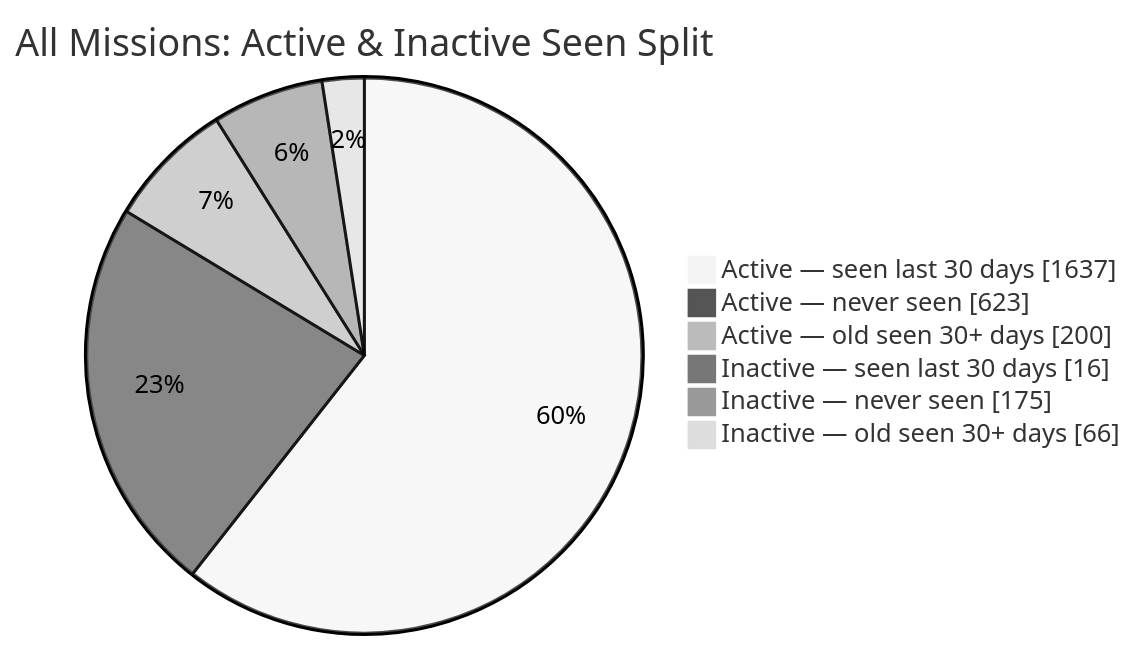
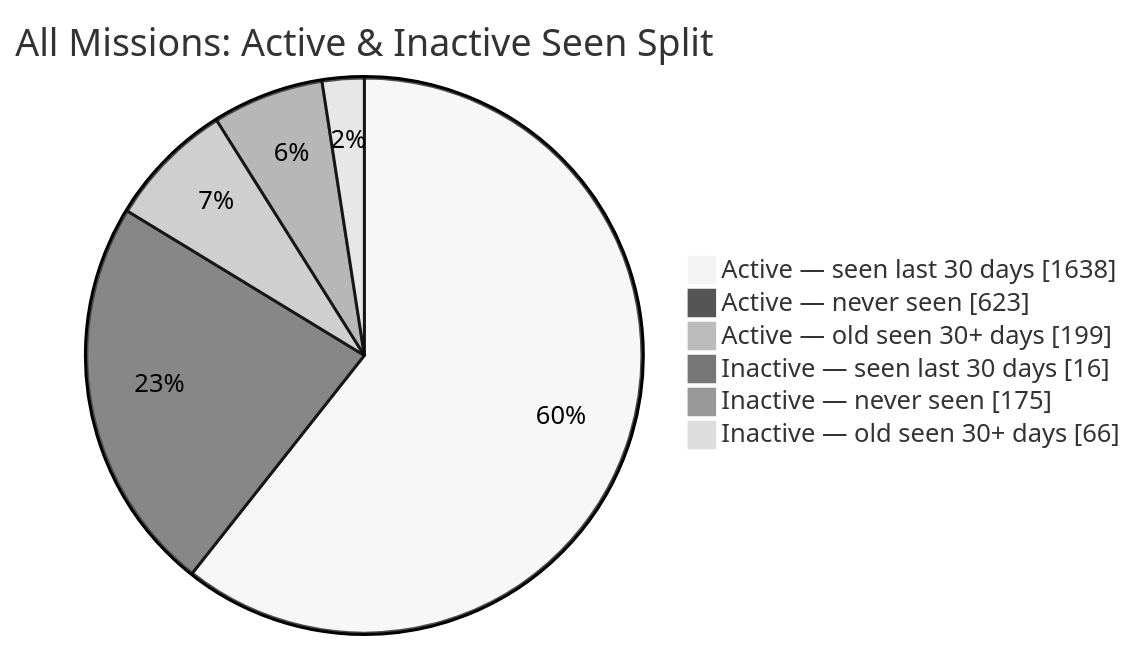
The second of 2 diagrams in README.md (MeldkamerspelGameTeam/active-missions), drawn with Mermaid (neutral theme) before and after one commit. The commit also changed other lines of this file and 2 other files, not shown here.

````diff
--- a/README.md
+++ b/README.md
@@ -44,10 +44,10 @@
 ```mermaid
 pie showData
     title All Missions: Active & Inactive Seen Split
-    "Active — seen last 30 days" : 1637
+    "Active — seen last 30 days" : 1638
     "Active — never seen" : 623
-    "Active — old seen 30+ days" : 200
+    "Active — old seen 30+ days" : 199
     "Inactive — seen last 30 days" : 16
     "Inactive — never seen" : 175
     "Inactive — old seen 30+ days" : 66
 ```
````
